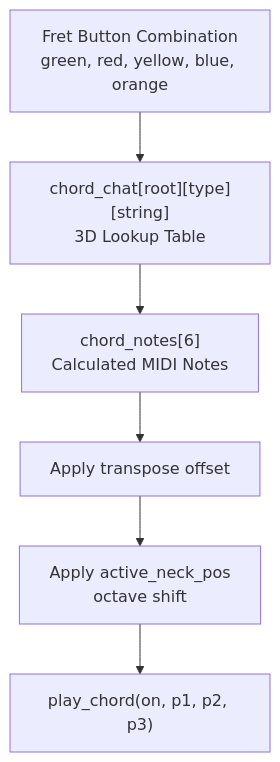
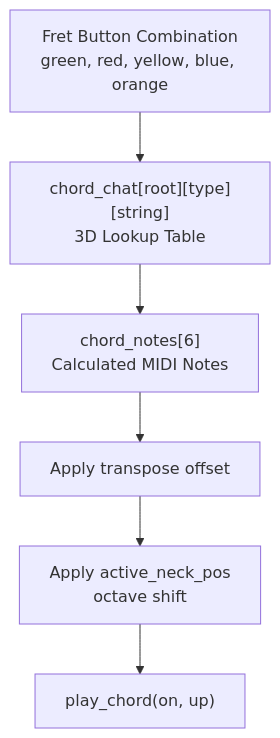
One commit to Jus-Be/orinayo-pico changed the third of 6 diagrams in wiki/3.1-system-components.md. Above: the diagram before and after it, drawn with Mermaid. The commit also changed other lines of this file and 42 other files, not shown here.

````diff
--- a/wiki/3.1-system-components.md
+++ b/wiki/3.1-system-components.md
@@ -148,16 +141,16 @@
 ```mermaid
 flowchart TD
 
 FretCombo["Fret Button Combination<br>green, red, yellow, blue, orange"]
 ChordLookup["chord_chat[root][type][string]<br>3D Lookup Table"]
 ChordNotes["chord_notes[6]<br>Calculated MIDI Notes"]
 Transpose["Apply transpose offset"]
 NeckPos["Apply active_neck_pos<br>octave shift"]
-PlayChord["play_chord(on, p1, p2, p3)"]
+PlayChord["play_chord(on, up)"]
 
 FretCombo --> ChordLookup
 ChordLookup --> ChordNotes
 ChordNotes --> Transpose
 Transpose --> NeckPos
 NeckPos --> PlayChord
 ```
````
